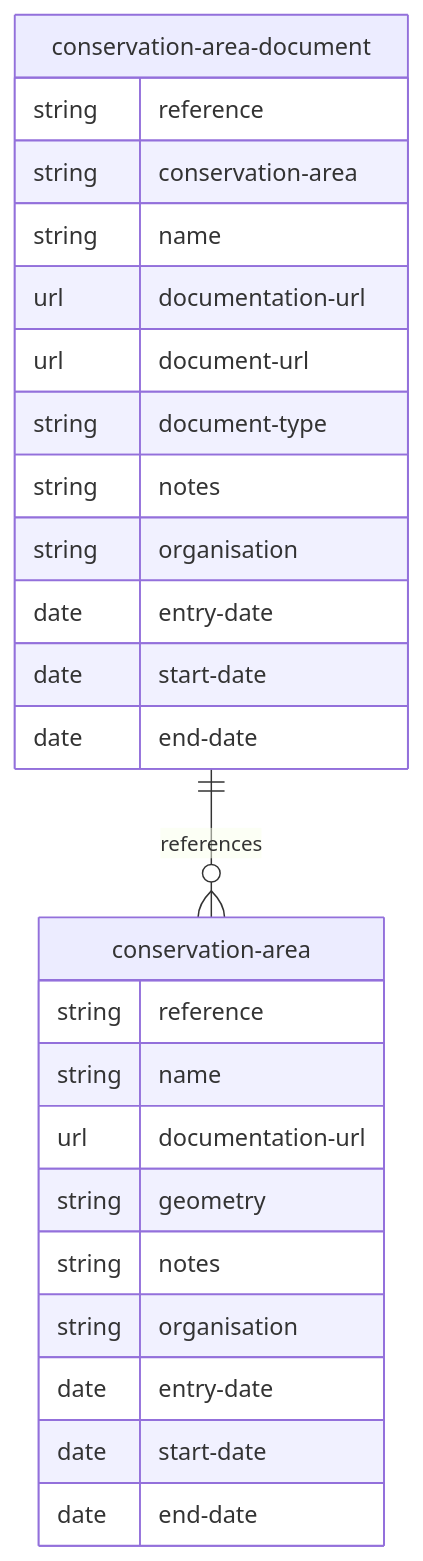
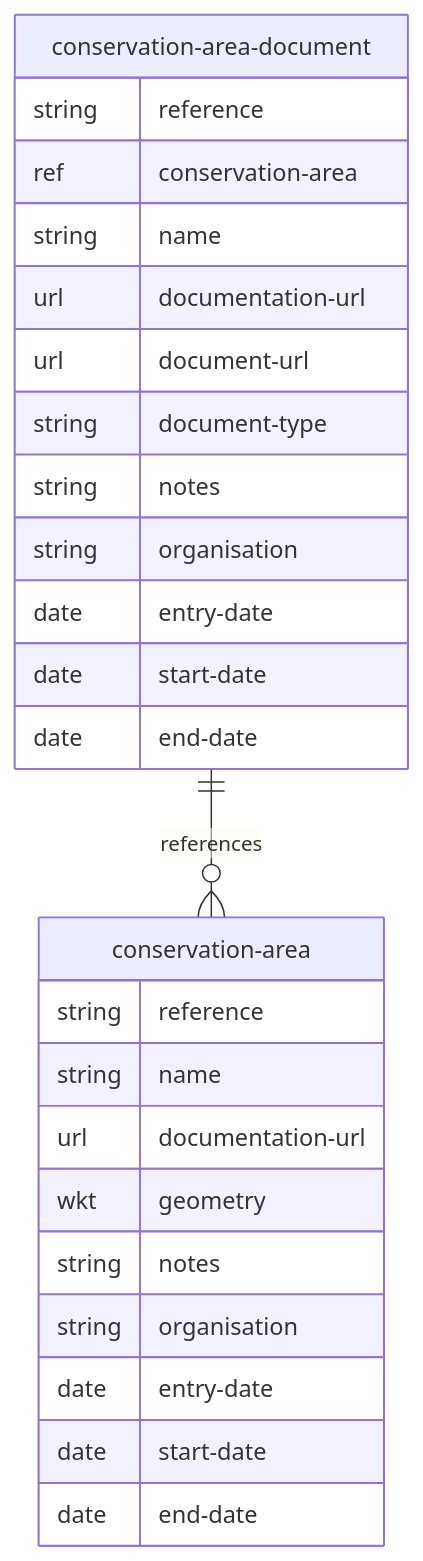
Before and after one commit to digital-land/specification: the diagram in mermaid/conservation-area.md, drawn with Mermaid. The commit also changed 9 other files, not shown here.

````diff
--- a/mermaid/conservation-area.md
+++ b/mermaid/conservation-area.md
@@ -4,28 +4,28 @@
 ```mermaid
 erDiagram
     conservation-area {
         string reference
         string name
         url documentation-url
-        string geometry
+        wkt geometry
         string notes
         string organisation
         date entry-date
         date start-date
         date end-date
     }
     conservation-area-document {
         string reference
-        string conservation-area
+        ref conservation-area
         string name
         url documentation-url
         url document-url
         string document-type
         string notes
         string organisation
         date entry-date
         date start-date
         date end-date
     }
     conservation-area-document ||--o{ conservation-area : references
 ```
````
